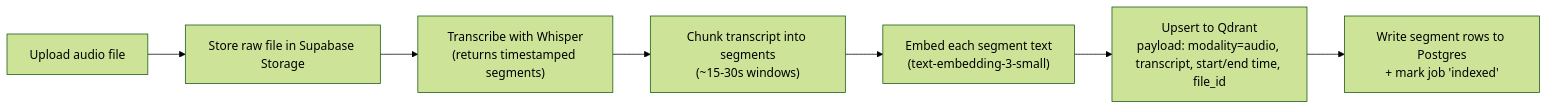
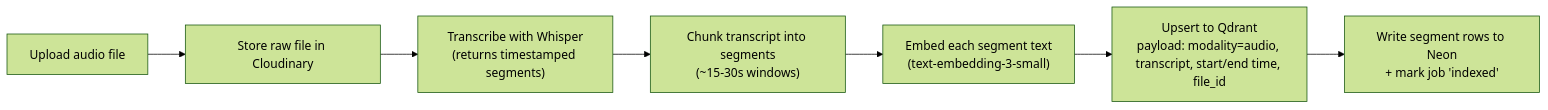
Before and after one commit to OmgItsAmmer/Scrutinize: the third of 5 diagrams in docs/architecture/architecture.md, drawn with Mermaid (forest theme). The commit also changed other lines of this file and 70 other files, not shown here.

````diff
--- a/docs/architecture/architecture.md
+++ b/docs/architecture/architecture.md
@@ -174,9 +179,9 @@
 ```mermaid
 flowchart LR
-    A[Upload audio file] --> B[Store raw file in Supabase Storage]
+    A[Upload audio file] --> B[Store raw file in Cloudinary]
     B --> C["Transcribe with Whisper<br/>(returns timestamped segments)"]
     C --> D["Chunk transcript into segments<br/>(~15-30s windows)"]
     D --> E["Embed each segment text<br/>(text-embedding-3-small)"]
     E --> F["Upsert to Qdrant<br/>payload: modality=audio, transcript, start/end time, file_id"]
-    F --> G["Write segment rows to Postgres<br/>+ mark job 'indexed'"]
+    F --> G["Write segment rows to Neon<br/>+ mark job 'indexed'"]
 ```
````
